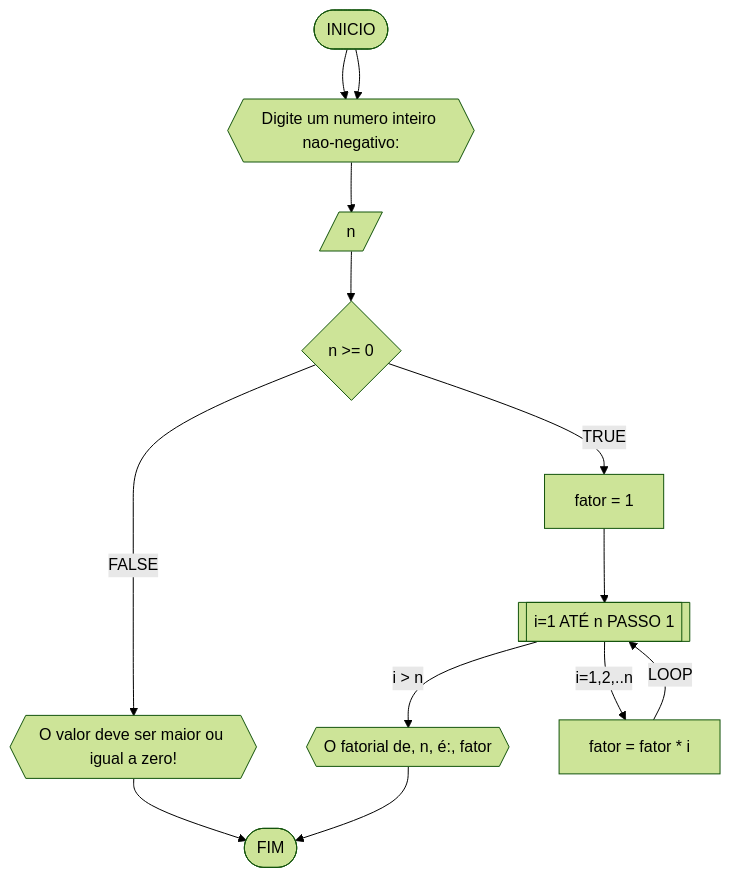
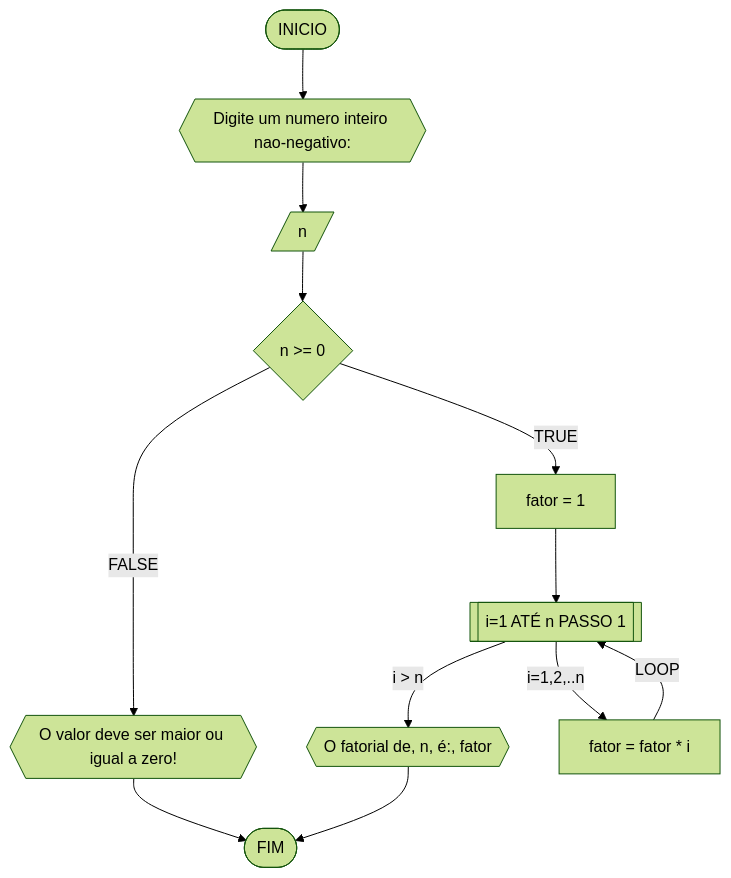
One commit to marjoriecastelo/unifor-ads changed the sixth of 8 diagrams in RLA /lista de execícios.md. Above: the diagram before and after it, drawn with Mermaid (forest theme). The commit also changed other lines of this file, not shown here.

````diff
--- a/RLA /lista de execícios.md
+++ b/RLA /lista de execícios.md
@@ -209,16 +301,14 @@
 ```mermaid
-
 flowchart TD
-A([INICIO]) --> B([FIM])
 A([INICIO]) --> B{{"Digite um numero inteiro nao-negativo:"}}
 B --> C[/n/]
 C --> D{n >= 0}
 D --TRUE--> E[fator = 1]
 D --FALSE--> J{{O valor deve ser maior ou igual a zero!}}
 J --> I([FIM])
 E --> F[[i=1 ATÉ n PASSO 1]]
 F --"i > n"--> H{{O fatorial de, n, é:, fator}}
 F --"i=1,2,..n"--> G[fator = fator * i]
 G --LOOP--> F
 H --> I
 ```
````
